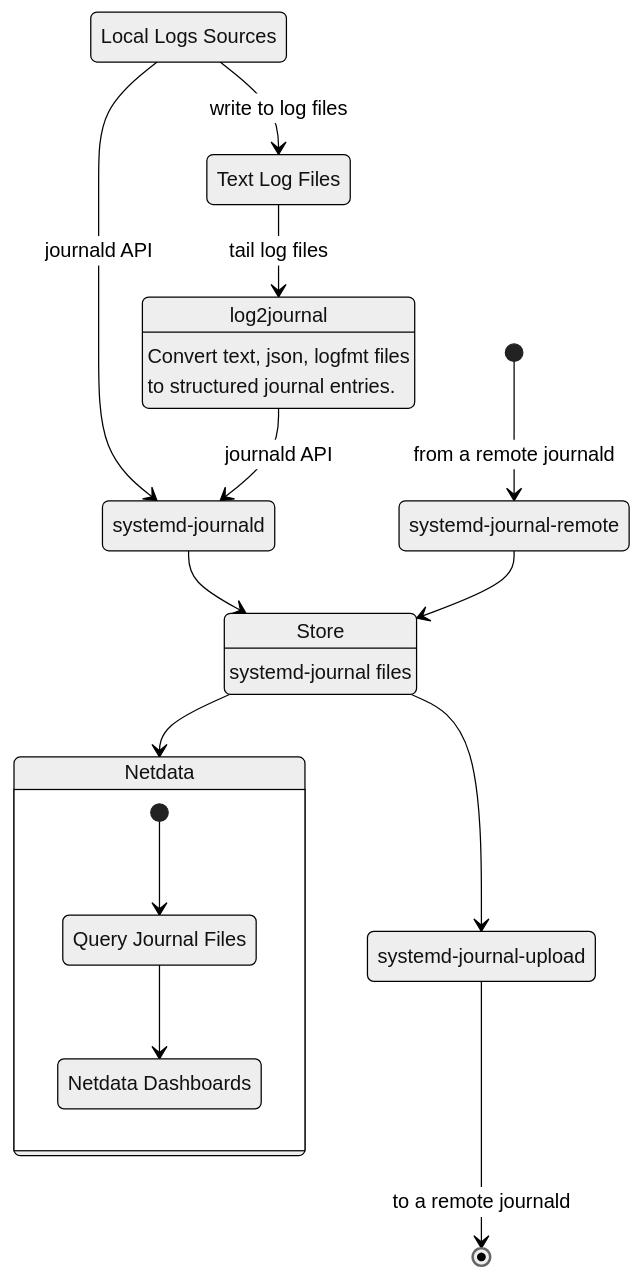
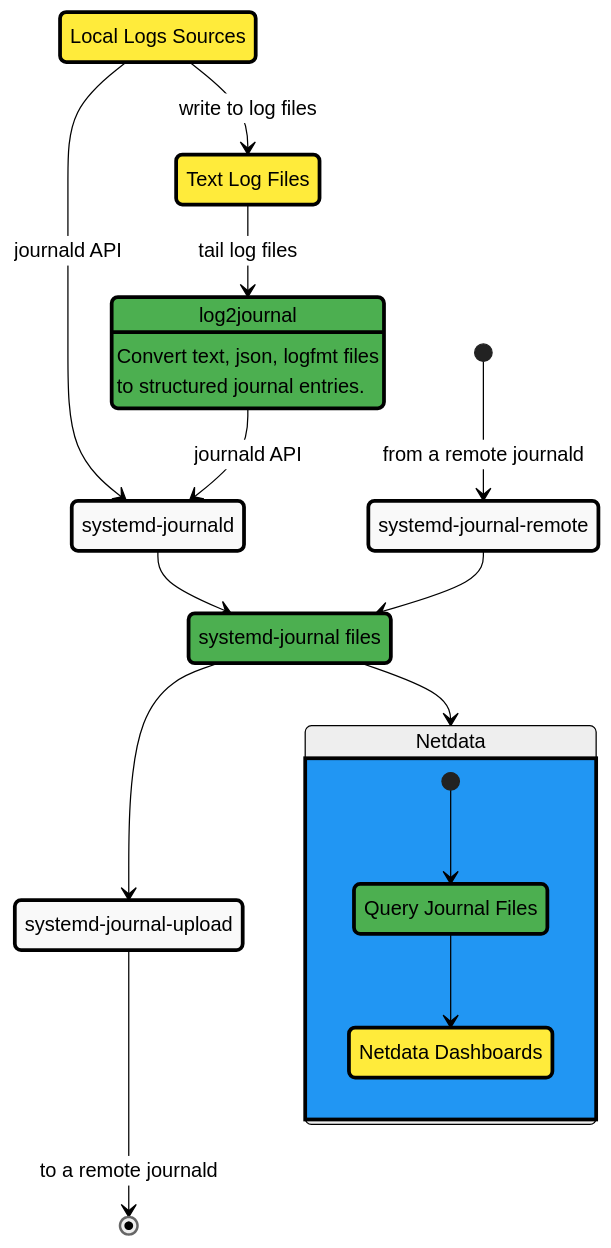
The diagram in docs/observability-centralization-points/logs-centralization-points-with-systemd-journald/README.md (netdata/netdata), drawn with Mermaid (neutral theme) before and after one commit. The commit also changed other lines of this file and 21 other files, not shown here.

Commit message:
Fix Mermaid diagrams across multiple files

````diff
--- a/docs/observability-centralization-points/logs-centralization-points-with-systemd-journald/README.md
+++ b/docs/observability-centralization-points/logs-centralization-points-with-systemd-journald/README.md
@@ -3,47 +3,42 @@
 ```mermaid
 stateDiagram-v2
-    classDef userFeature fill:#f00,color:white,font-weight:bold,stroke-width:2px,stroke:orange
-    classDef usedByNC fill:#090,color:white,font-weight:bold,stroke-width:2px,stroke:orange
-    classDef log2journal fill:#040,color:white,font-weight:bold,stroke-width:2px,stroke:orange
+    classDef alert fill:#ffeb3b,stroke:#000000,stroke-width:3px,color:#000000
+    classDef neutral fill:#f9f9f9,stroke:#000000,stroke-width:3px,color:#000000  
+    classDef complete fill:#4caf50,stroke:#000000,stroke-width:3px,color:#000000
+    classDef database fill:#2196F3,stroke:#000000,stroke-width:3px,color:#000000
 
-    logsQuery:::usedByNC
-    logsDashboard:::userFeature
-    journald:::thirdparty
-    journalRemote:::thirdparty
-    journalUpload:::thirdparty
-    journalFiles:::thirdparty
-    logSources:::thirdparty
-    textFiles:::thirdparty
-    log2journal:::log2journal
-     
     journalRemote: systemd-journal-remote
     journalUpload: systemd-journal-upload
-    journalFiles: Store
     journalFiles: systemd-journal files
     journald: systemd-journald
     logSources: Local Logs Sources
-    log2journal:log2journal
-    log2journal:Convert text, json, logfmt files
-    log2journal:to structured journal entries.
+    log2journal: log2journal
+    log2journal: Convert text, json, logfmt files
+    log2journal: to structured journal entries.
     logsDashboard: Netdata Dashboards
     logsQuery: Query Journal Files
     textFiles: Text Log Files
 
     logSources --> journald: journald API
     logSources --> textFiles: write to log files
     textFiles --> log2journal: tail log files
     log2journal --> journald: journald API
     journald --> journalFiles
 
     journalFiles --> Netdata
     journalFiles --> journalUpload
 
-    journalRemote -->journalFiles
+    journalRemote --> journalFiles
     journalUpload --> [*]: to a remote journald
     [*] --> journalRemote: from a remote journald
 
     state Netdata {
-        [*]-->logsQuery
+        [*] --> logsQuery
         logsQuery --> logsDashboard
     }
+
+    class logSources,textFiles,logsDashboard alert
+    class journald,journalRemote,journalUpload neutral
+    class log2journal,journalFiles,logsQuery complete
+    class Netdata database
 ```
````
